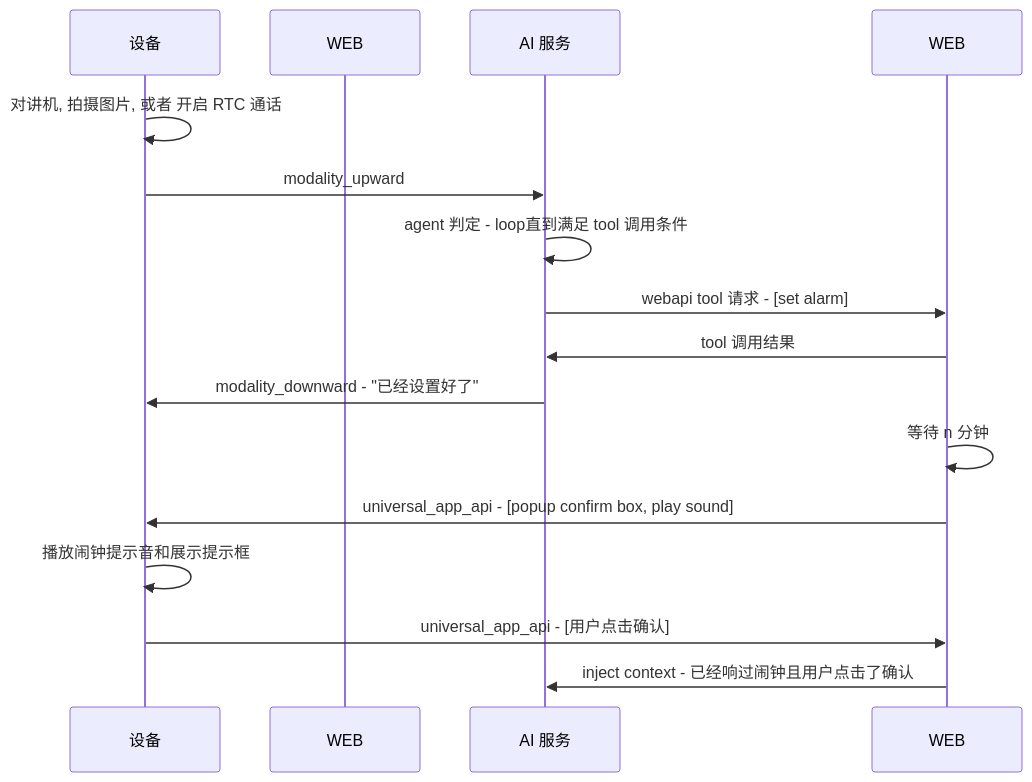
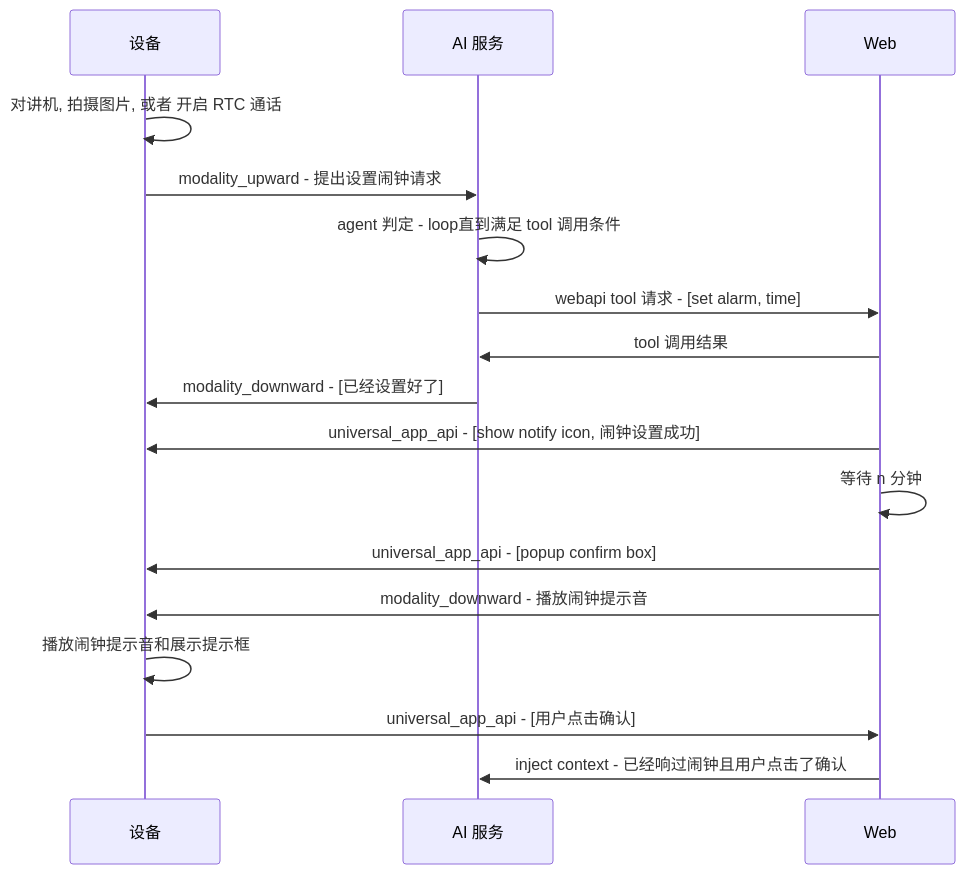
One commit to shaojun/open_docs changed the fifth of 7 diagrams in projects/commercial/USER_STORY.md. Above: the diagram before and after it, drawn with Mermaid. The commit also changed other lines of this file, not shown here.

````diff
--- a/projects/commercial/USER_STORY.md
+++ b/projects/commercial/USER_STORY.md
@@ -53,17 +74,18 @@
 ```mermaid
 sequenceDiagram
     participant Device as 设备
-    participant Web as WEB
     participant AIService as AI 服务
     Device->>Device: 对讲机, 拍摄图片, 或者 开启 RTC 通话
-    Device->>AIService: modality_upward
+    Device->>AIService: modality_upward - 提出设置闹钟请求
     AIService->>AIService: agent 判定 - loop直到满足 tool 调用条件
-    AIService->>WEB: webapi tool 请求 - [set alarm]
-    WEB->>AIService: tool 调用结果
-    AIService->>Device: modality_downward - "已经设置好了"
-    WEB->>WEB: 等待 n 分钟
-    WEB->>Device: universal_app_api - [popup confirm box, play sound]
+    AIService->>Web: webapi tool 请求 - [set alarm, time]
+    Web->>AIService: tool 调用结果
+    AIService->>Device: modality_downward - [已经设置好了]
+     Web->>Device: universal_app_api - [show notify icon, 闹钟设置成功]
+    Web->>Web: 等待 n 分钟
+    Web->>Device: universal_app_api - [popup confirm box]
+    Web->>Device: modality_downward - 播放闹钟提示音
     Device->>Device: 播放闹钟提示音和展示提示框
-    Device->>WEB: universal_app_api - [用户点击确认]
-    WEB->>AIService: inject context - 已经响过闹钟且用户点击了确认
+    Device->>Web: universal_app_api - [用户点击确认]
+    Web->>AIService: inject context - 已经响过闹钟且用户点击了确认
 ```
````
